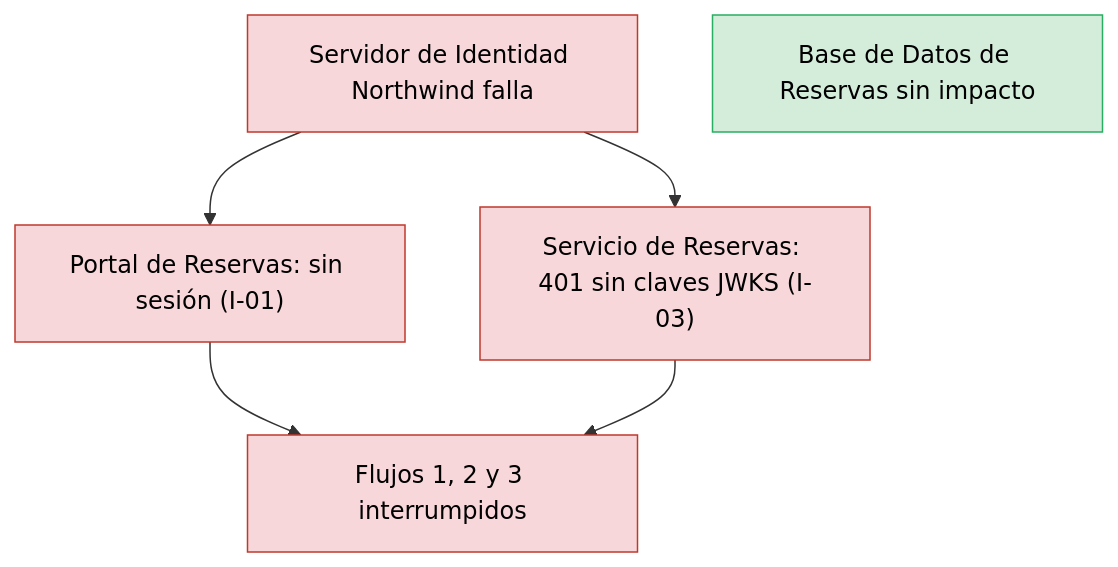
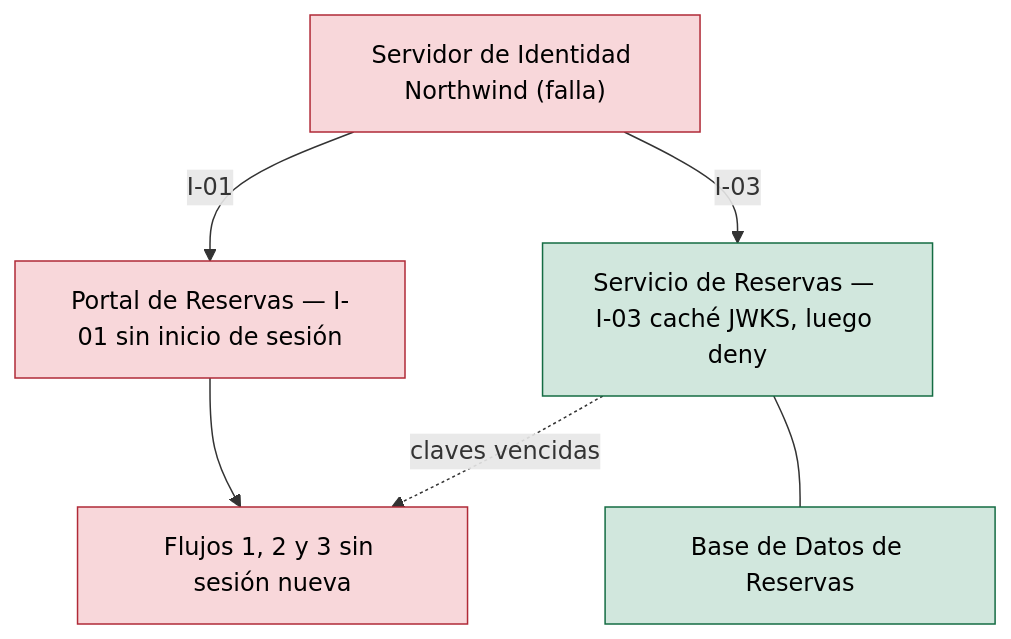
The first of 3 diagrams in analysis/BLAST-RADIUS-2026-11-03.md (shadowX4fox/northwind-reservas), drawn with Mermaid before and after one commit. The commit also changed other lines of this file and 8 other files, not shown here.

````diff
--- a/analysis/BLAST-RADIUS-2026-11-03.md
+++ b/analysis/BLAST-RADIUS-2026-11-03.md
@@ -39,10 +39,15 @@
 ```mermaid
 flowchart TB
-  A["Servidor de Identidad Northwind falla"]:::cascading --> B["Portal de Reservas: sin sesión (I-01)"]:::cascading
-  A --> C["Servicio de Reservas: 401 sin claves JWKS (I-03)"]:::cascading
-  B --> F["Flujos 1, 2 y 3 interrumpidos"]:::cascading
-  C --> F
-  D["Base de Datos de Reservas sin impacto"]:::contained
-  classDef cascading fill:#f8d7da,stroke:#c0392b,color:#000
-  classDef contained fill:#d4edda,stroke:#27ae60,color:#000
+  IDP["Servidor de Identidad Northwind (falla)"]:::cascading
+  POR["Portal de Reservas — I-01 sin inicio de sesión"]:::cascading
+  SVC["Servicio de Reservas — I-03 caché JWKS, luego deny"]:::contained
+  DB["Base de Datos de Reservas"]:::contained
+  F["Flujos 1, 2 y 3 sin sesión nueva"]:::cascading
+  IDP -->|I-01| POR
+  IDP -->|I-03| SVC
+  POR --> F
+  SVC -.->|claves vencidas| F
+  SVC --- DB
+  classDef cascading fill:#f8d7da,stroke:#b02a37,color:#000
+  classDef contained fill:#d1e7dd,stroke:#146c43,color:#000
 ```
````
